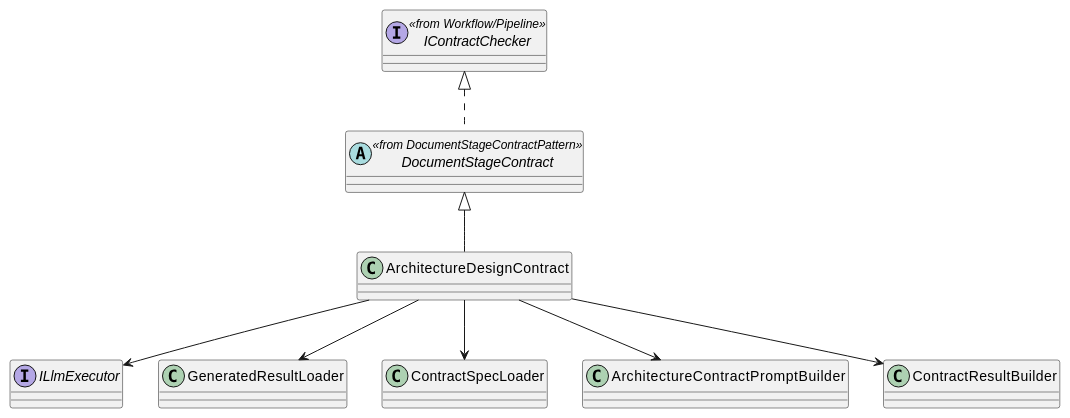
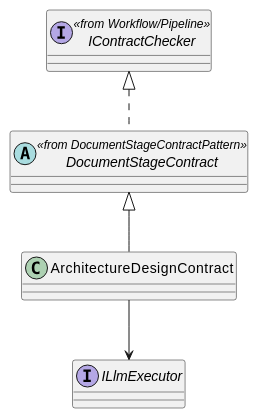
One commit to lucky-chen/ai_workflow_travel changed the first of 2 diagrams in meta_layer/docs/design_docs/Contract/ArchitectureDesignContract.md. Above: the diagram before and after it, drawn with PlantUML. The commit also changed other lines of this file and 3 other files, not shown here.

First line of the commit message:
[AI] gpt-5.4: align contract design docs with pattern overrides

````diff
--- a/meta_layer/docs/design_docs/Contract/ArchitectureDesignContract.md
+++ b/meta_layer/docs/design_docs/Contract/ArchitectureDesignContract.md
@@ -38,21 +38,13 @@
 ```plantuml
 @startuml
 interface IContractChecker <<from Workflow/Pipeline>>
 interface ILlmExecutor
 abstract class DocumentStageContract <<from DocumentStageContractPattern>>
 
 class ArchitectureDesignContract
-class GeneratedResultLoader
-class ContractSpecLoader
-class ArchitectureContractPromptBuilder
-class ContractResultBuilder
 
 IContractChecker <|.. DocumentStageContract
 DocumentStageContract <|-- ArchitectureDesignContract
-ArchitectureDesignContract --> GeneratedResultLoader
-ArchitectureDesignContract --> ContractSpecLoader
-ArchitectureDesignContract --> ArchitectureContractPromptBuilder
 ArchitectureDesignContract --> ILlmExecutor
-ArchitectureDesignContract --> ContractResultBuilder
 @enduml
 ```
````
